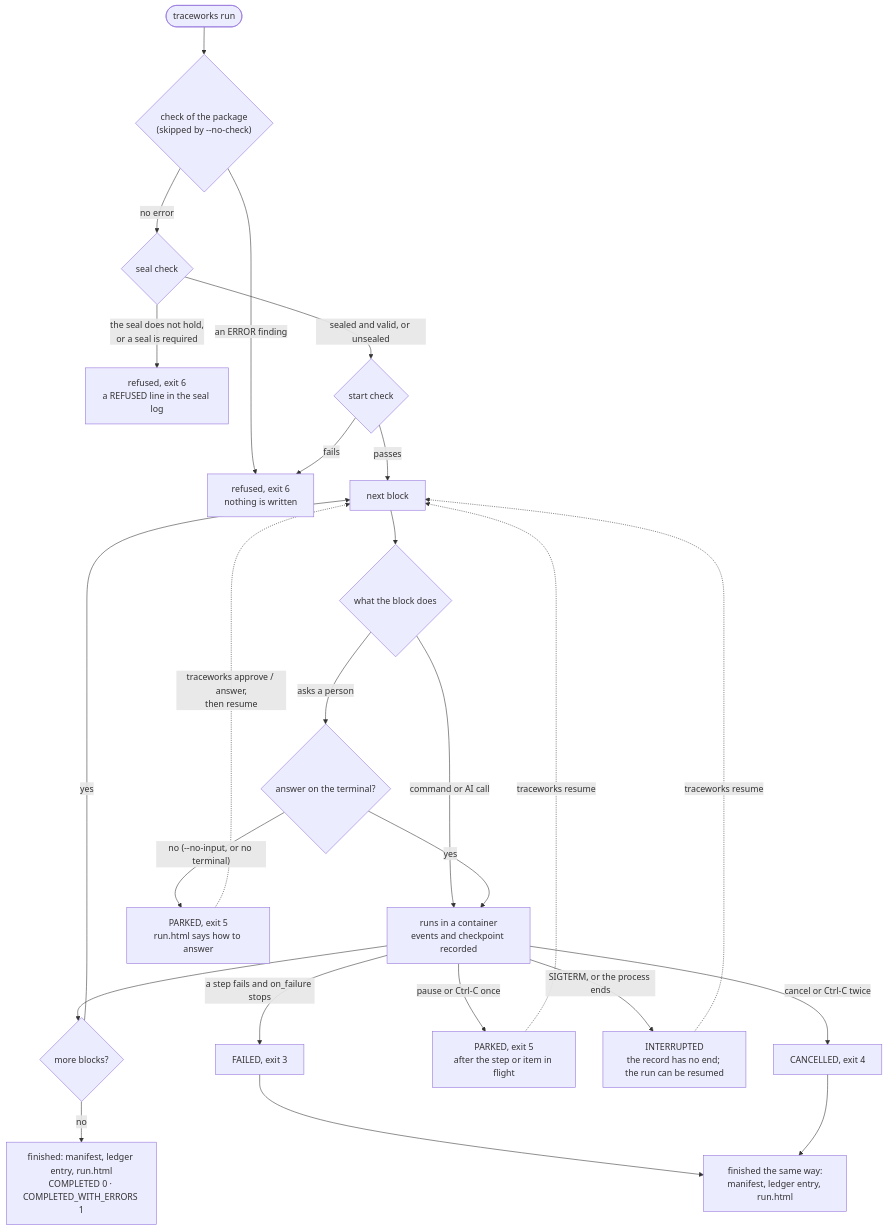
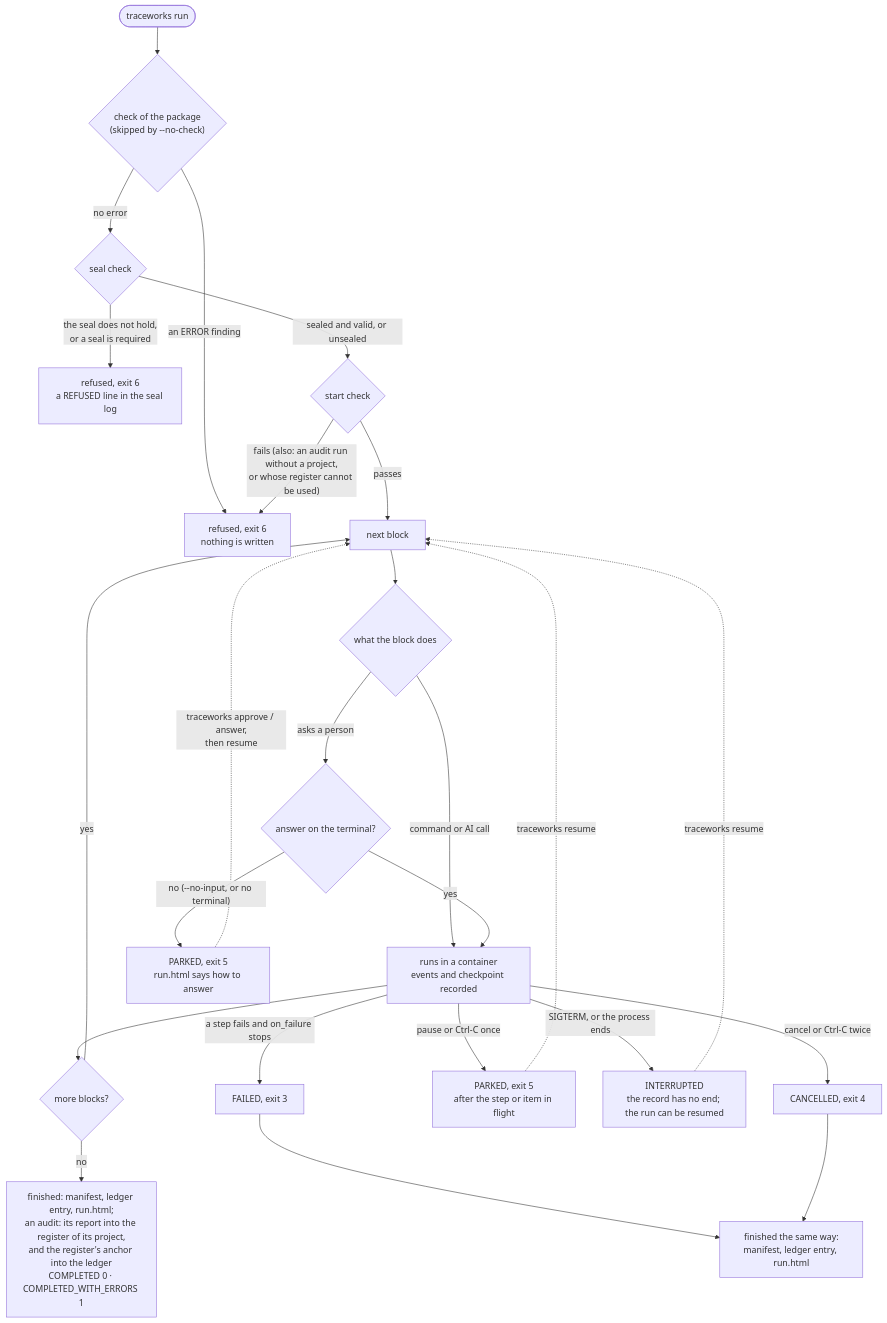
One commit to FLSEST/traceworks changed the fourth of 4 diagrams in docs/architecture.md. Above: the diagram before and after it, drawn with Mermaid. The commit also changed other lines of this file and 222 other files, not shown here.

````diff
--- a/docs/architecture.md
+++ b/docs/architecture.md
@@ -444,27 +469,27 @@
 ```mermaid
 flowchart TD
     start(["traceworks run"]) --> analyze{"check of the package<br>(skipped by --no-check)"}
     analyze -- "an ERROR finding" --> refused["refused, exit 6<br>nothing is written"]
     analyze -- "no error" --> seal{"seal check"}
     seal -- "the seal does not hold,<br>or a seal is required" --> sealrefused["refused, exit 6<br>a REFUSED line in the seal log"]
     seal -- "sealed and valid, or unsealed" --> check{"start check"}
-    check -- "fails" --> refused
+    check -- "fails (also: an audit run without a project,<br>or whose register cannot be used)" --> refused
     check -- "passes" --> step["next block"]
     step --> kind{"what the block does"}
     kind -- "command or AI call" --> run["runs in a container<br>events and checkpoint recorded"]
     kind -- "asks a person" --> ask{"answer on the terminal?"}
     ask -- "yes" --> run
     ask -- "no (--no-input, or no terminal)" --> parked["PARKED, exit 5<br>run.html says how to answer"]
     parked -. "traceworks approve / answer,<br>then resume" .-> step
     run --> next{"more blocks?"}
     next -- "yes" --> step
-    next -- "no" --> done["finished: manifest, ledger entry, run.html<br>COMPLETED 0 · COMPLETED_WITH_ERRORS 1"]
+    next -- "no" --> done["finished: manifest, ledger entry, run.html;<br>an audit: its report into the register of its project,<br>and the register's anchor into the ledger<br>COMPLETED 0 · COMPLETED_WITH_ERRORS 1"]
     run -- "a step fails and on_failure stops" --> failed["FAILED, exit 3"]
     run -- "pause or Ctrl-C once" --> paused["PARKED, exit 5<br>after the step or item in flight"]
     paused -. "traceworks resume" .-> step
     run -- "SIGTERM, or the process ends" --> interrupted["INTERRUPTED<br>the record has no end; the run can be resumed"]
     interrupted -. "traceworks resume" .-> step
     run -- "cancel or Ctrl-C twice" --> cancelled["CANCELLED, exit 4"]
     failed --> sealed["finished the same way:<br>manifest, ledger entry, run.html"]
     cancelled --> sealed
 ```
````
